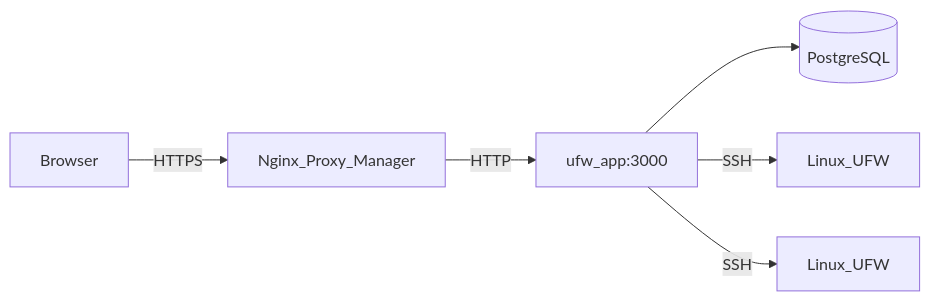
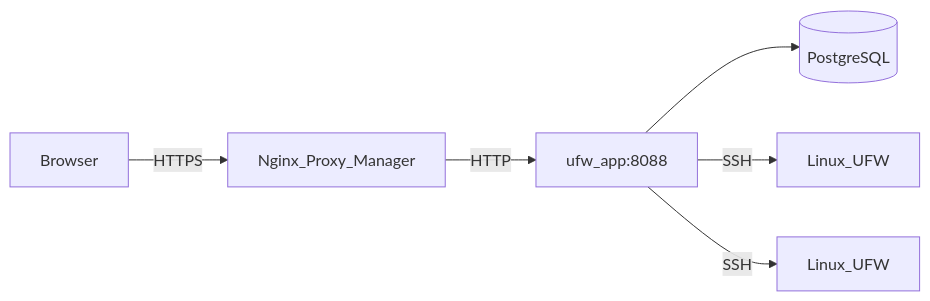
The diagram in docs/de/architecture.md (finenumbers/ufw), drawn with Mermaid before and after one commit. The commit also changed 82 other files, not shown here.

````diff
--- a/docs/de/architecture.md
+++ b/docs/de/architecture.md
@@ -21,8 +21,8 @@
 ```mermaid
 flowchart LR
   Browser -->|HTTPS| NPM[Nginx_Proxy_Manager]
-  NPM -->|HTTP| App[ufw_app:3000]
+  NPM -->|HTTP| App[ufw_app:8088]
   App --> DB[(PostgreSQL)]
   App -->|SSH| Server1[Linux_UFW]
   App -->|SSH| Server2[Linux_UFW]
 ```
````
